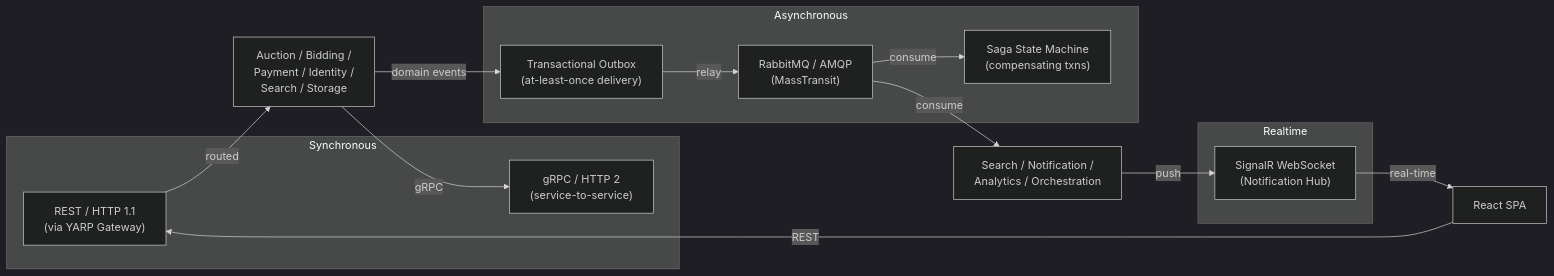
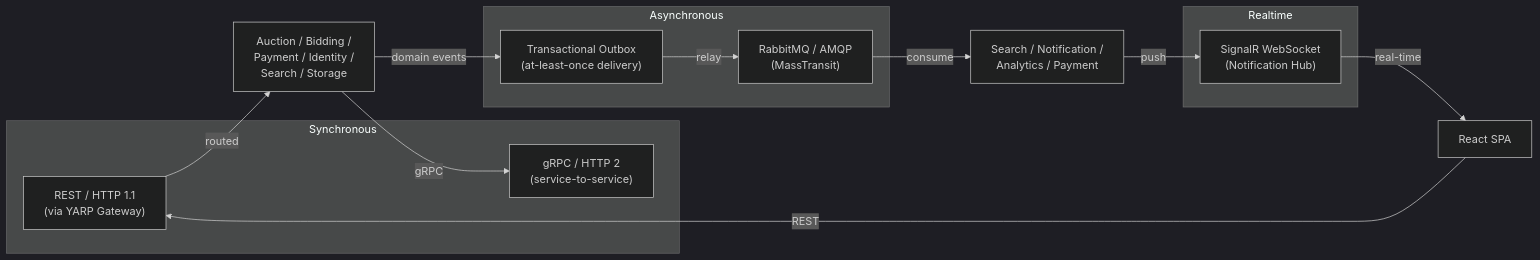
The second of 8 diagrams in README.md (blanho/auction-platform-microservices), drawn with Mermaid (dark theme) before and after one commit. The commit also changed other lines of this file and 5 other files, not shown here.

````diff
--- a/README.md
+++ b/README.md
@@ -204,27 +206,25 @@
 ```mermaid
 graph LR
     subgraph Synchronous
         REST["REST / HTTP 1.1<br/>(via YARP Gateway)"]
         GRPC["gRPC / HTTP 2<br/>(service-to-service)"]
     end
 
     subgraph Asynchronous
         OUTBOX["Transactional Outbox<br/>(at-least-once delivery)"]
         AMQP["RabbitMQ / AMQP<br/>(MassTransit)"]
-        SAGA["Saga State Machine<br/>(compensating txns)"]
     end
 
     subgraph Realtime
         WS["SignalR WebSocket<br/>(Notification Hub)"]
     end
 
     Frontend["React SPA"] --REST--> REST
     REST --routed--> Backends["Auction / Bidding /<br/>Payment / Identity /<br/>Search / Storage"]
     Backends --gRPC--> GRPC
     Backends --domain events--> OUTBOX
     OUTBOX --relay--> AMQP
-    AMQP --consume--> SAGA
-    AMQP --consume--> Subscribers["Search / Notification /<br/>Analytics / Orchestration"]
+    AMQP --consume--> Subscribers["Search / Notification /<br/>Analytics / Payment"]
     Subscribers --push--> WS
     WS --real-time--> Frontend
 ```
````
